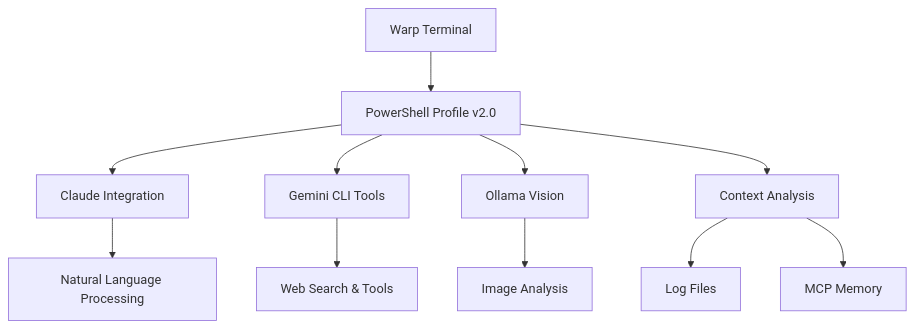
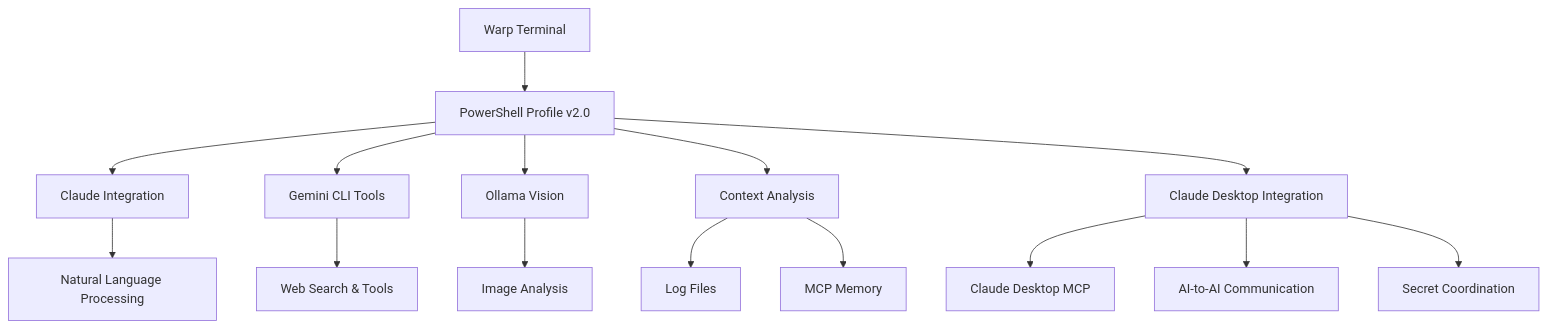
One commit to hlsitechio/warp-ai-enhancement-suite changed the diagram in README.md. Above: the diagram before and after it, drawn with Mermaid. The commit also changed other lines of this file and 8 other files, not shown here.

First line of the commit message:
Add Claude Desktop Integration - AI-to-AI Communication System

````diff
--- a/README.md
+++ b/README.md
@@ -114,13 +122,17 @@
 ```mermaid
 graph TD
     A[Warp Terminal] --> B[PowerShell Profile v2.0]
     B --> C[Claude Integration]
     B --> D[Gemini CLI Tools]
     B --> E[Ollama Vision]
     B --> F[Context Analysis]
+    B --> L[Claude Desktop Integration]
     F --> G[Log Files]
     F --> H[MCP Memory]
     C --> I[Natural Language Processing]
     D --> J[Web Search & Tools]
     E --> K[Image Analysis]
+    L --> M[Claude Desktop MCP]
+    L --> N[AI-to-AI Communication]
+    L --> O[Secret Coordination]
 ```
````
